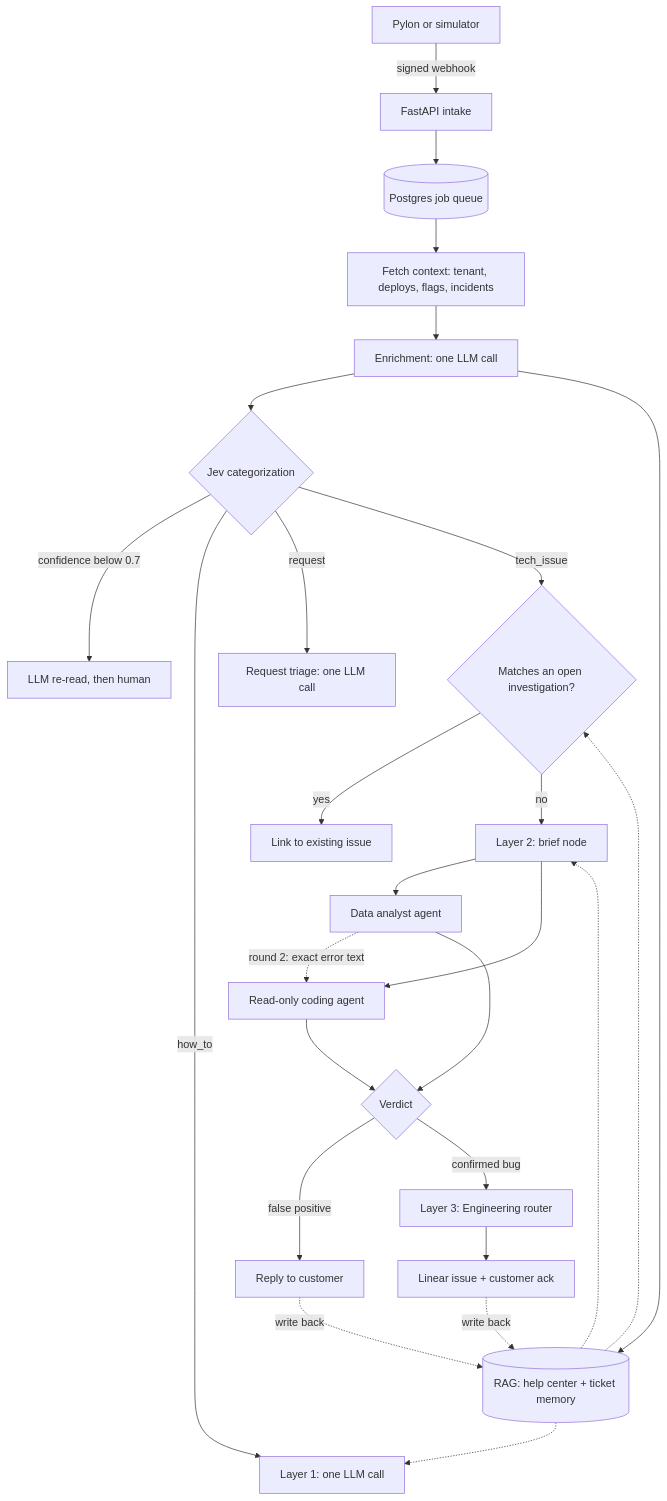
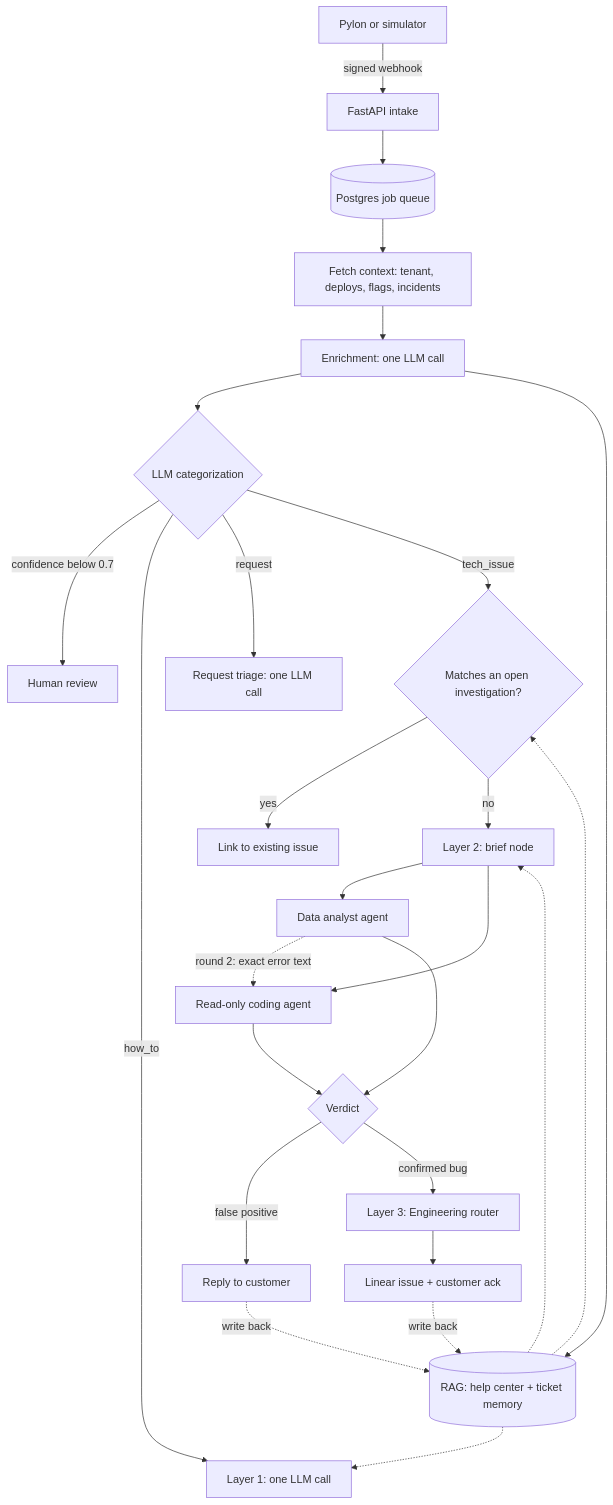
The diagram in planning/Agent_Architecture_And_Build_Plan.md (kirmada1509/support-triage-agent), drawn with Mermaid before and after one commit. The commit also changed other lines of this file and 29 other files, not shown here.

````diff
--- a/planning/Agent_Architecture_And_Build_Plan.md
+++ b/planning/Agent_Architecture_And_Build_Plan.md
@@ -229,28 +229,28 @@
 ```mermaid
 flowchart TD
   P[Pylon or simulator] -->|signed webhook| W[FastAPI intake]
   W --> Q[(Postgres job queue)]
   Q --> C[Fetch context: tenant, deploys, flags, incidents]
   C --> E[Enrichment: one LLM call]
-  E --> J{Jev categorization}
+  E --> J{LLM categorization}
   E --> S[(RAG: help center + ticket memory)]
-  J -->|confidence below 0.7| H[LLM re-read, then human]
+  J -->|confidence below 0.7| H[Human review]
   J -->|how_to| L1[Layer 1: one LLM call]
   J -->|request| R[Request triage: one LLM call]
   J -->|tech_issue| M{Matches an open investigation?}
   S -.-> L1
   S -.-> M
   M -->|yes| LK[Link to existing issue]
   M -->|no| O[Layer 2: brief node]
   S -.-> O
   O --> DA[Data analyst agent]
   O --> CA[Read-only coding agent]
   DA -.->|round 2: exact error text| CA
   DA --> V{Verdict}
   CA --> V
   V -->|false positive| FP[Reply to customer]
   V -->|confirmed bug| L3[Layer 3: Engineering router]
   L3 --> LI[Linear issue + customer ack]
   FP -.->|write back| S
   LI -.->|write back| S
 ```
````
